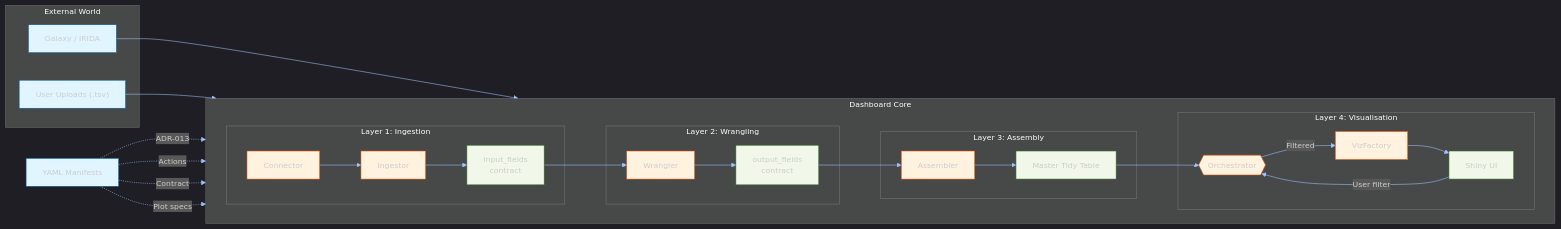
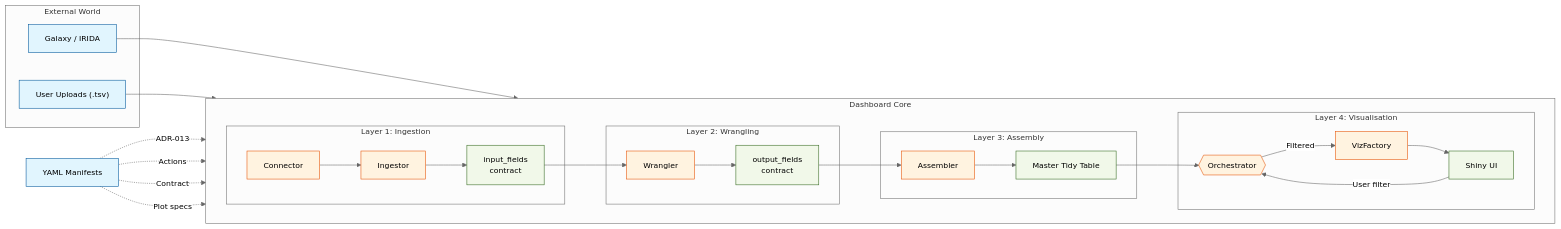
One commit to NorwegianVeterinaryInstitute/SPARMVET_VIZ changed the second of 3 diagrams in presentation/sparmvet_viz_demo_2026-05-04.qmd. Above: the diagram before and after it, drawn with Mermaid. The commit also changed other lines of this file and 3 other files, not shown here.

First line of the commit message:
demo: final presentation polish — transparent mermaid, session/export slide, SESSION-PERSONA-1 task

````diff
--- a/presentation/sparmvet_viz_demo_2026-05-04.qmd
+++ b/presentation/sparmvet_viz_demo_2026-05-04.qmd
@@ -410,45 +477,45 @@
 ```{mermaid}
-%%{init: {'theme': 'dark', 'themeVariables': {'fontSize': '14px', 'lineColor': '#a0c4ff'}}}%%
+%%{init: {'theme': 'neutral', 'themeVariables': {'fontSize': '14px'}}}%%
 graph LR
     classDef input fill:#e1f5fe,stroke:#01579b;
     classDef logic fill:#fff3e0,stroke:#e65100;
     classDef output fill:#f1f8e9,stroke:#33691e;
 
     subgraph Ext["External World"]
         Galaxy["Galaxy / IRIDA"]:::input
         Upload["User Uploads (.tsv)"]:::input
     end
 
     subgraph Dash["Dashboard Core"]
         direction LR
         subgraph Ingress["Layer 1: Ingestion"]
             Connector["Connector"]:::logic
             Ingest["Ingestor"]:::logic
             IC["input_fields\ncontract"]:::output
             Galaxy --> Connector --> Ingest --> IC
             Upload --> Ingest
         end
         subgraph Transform["Layer 2: Wrangling"]
             Wrangler["Wrangler"]:::logic
             OC["output_fields\ncontract"]:::output
             IC --> Wrangler --> OC
         end
         subgraph Assembly["Layer 3: Assembly"]
             Assembler["Assembler"]:::logic
             MT["Master Tidy Table"]:::output
             OC --> Assembler --> MT
         end
         subgraph Viz["Layer 4: Visualisation"]
             Ctrl{{"Orchestrator"}}:::logic
             Factory["VizFactory"]:::logic
             UI["Shiny UI"]:::output
             MT --> Ctrl -->|"Filtered"| Factory --> UI
             UI -->|"User filter"| Ctrl
         end
     end
     Config["YAML Manifests"]:::input
     Config -.->|"ADR-013"| IC
     Config -.->|"Actions"| Wrangler
     Config -.->|"Contract"| OC
     Config -.->|"Plot specs"| Factory
 ```
````
